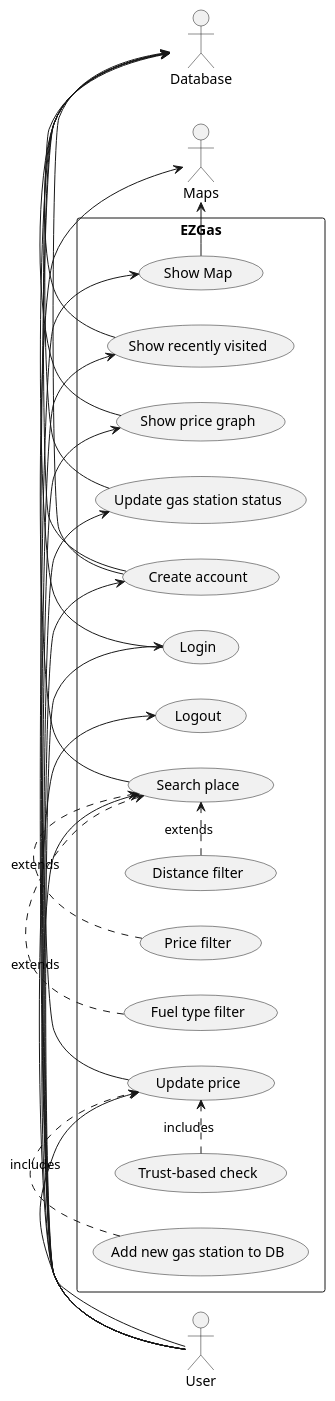
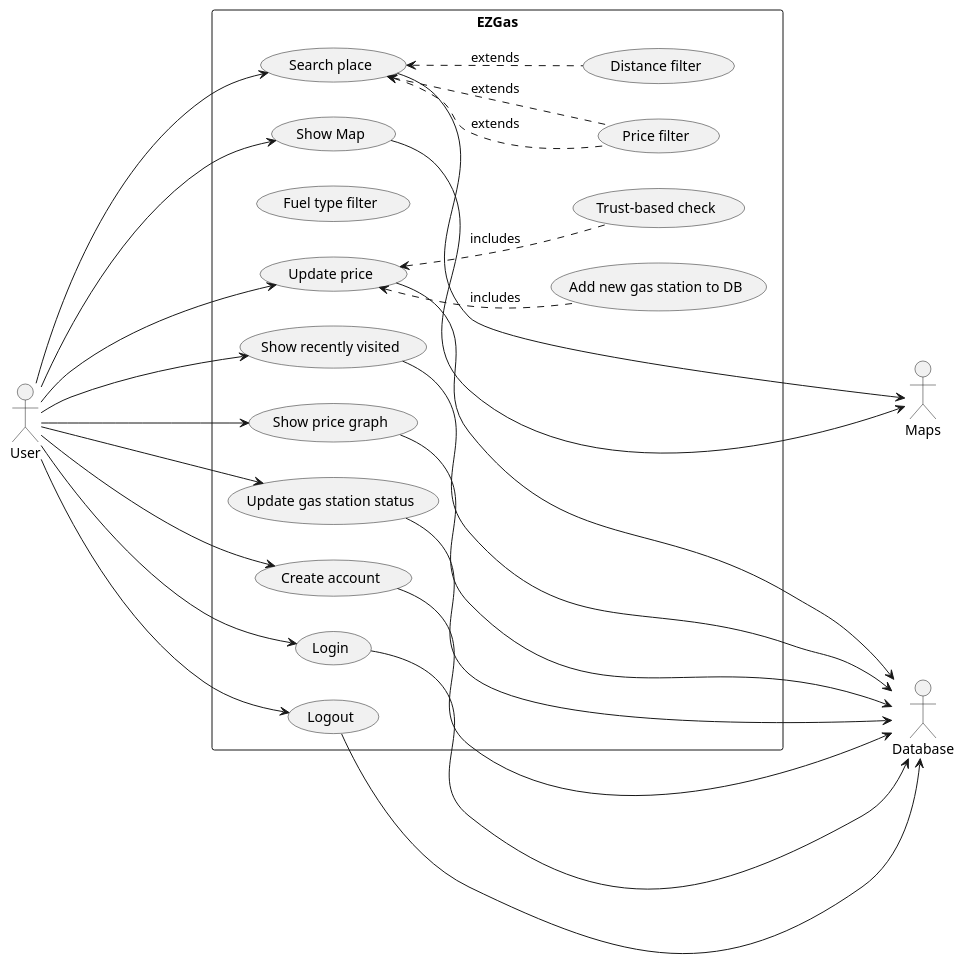
One commit to e-caste/SoftEng-EZGas changed the second of 2 diagrams in docs/RequirementsDocument.md. Above: the diagram before and after it, drawn with PlantUML.

Commit message:
more readable UML use case diagram

````diff
--- a/docs/RequirementsDocument.md
+++ b/docs/RequirementsDocument.md
@@ -106,45 +106,46 @@
 ```plantuml
 left to right direction
 actor User as U
 actor Database as DB
 actor Maps as M
 rectangle EZGas {
-	usecase "Show Map" as FR1
-	usecase "Search place" as FR2
-	usecase "Distance filter" as FR2.1
-	usecase "Price filter" as FR2.2
-	usecase "Fuel type filter" as FR2.3
-	usecase "Show recently visited" as FR3
-	usecase "Update price" as FR4
-	usecase "Trust-based check" as FR4.1
-	usecase "Add new gas station to DB" as FR4.2
-	usecase "Show price graph" as FR5
-	usecase "Update gas station status" as FR6
-	usecase "Create account" as FR7
-	usecase "Login" as FR7.1
-	usecase "Logout" as FR7.2
+    usecase "Show Map" as FR1
+    usecase "Search place" as FR2
+    usecase "Distance filter" as FR2.1
+    usecase "Price filter" as FR2.2
+    usecase "Fuel type filter" as FR2.3
+    usecase "Show recently visited" as FR3
+    usecase "Update price" as FR4
+    usecase "Trust-based check" as FR4.1
+    usecase "Add new gas station to DB" as FR4.2
+    usecase "Show price graph" as FR5
+    usecase "Update gas station status" as FR6
+    usecase "Create account" as FR7
+    usecase "Login" as FR7.1
+    usecase "Logout" as FR7.2
 }
-U -> FR1
-U -> FR2
-U -> FR3
-U -> FR4
-U -> FR5
-U -> FR6
-U -> FR7
-U -> FR7.1
-U -> FR7.2
-FR1 -> M
-FR2 -> M
-FR2.1 .> FR2 : extends
-FR2.2 .> FR2 : extends
-FR2.3 .> FR2 : extends
-FR3 -> DB
-FR4 -> DB
-FR4.1 .> FR4 : includes
-FR4.2 .> FR4 : includes
-FR5 -> DB
-FR6 -> DB
-FR7 -> DB
-FR7.1 -> DB
-FR7 -> DB
+
+U ----> FR1
+U --> FR2
+U --> FR3
+U --> FR4
+U --> FR5
+U --> FR6
+U --> FR7
+U --> FR7.1
+U --> FR7.2
+FR1 ---> M
+FR2 ----> M
+FR2 <-. FR2.1 : extends
+FR2 <-. FR2.2 : extends
+FR2 <-. FR2.2 : extends
+FR3 ---> DB
+FR4 ---> DB
+FR4 <-. FR4.1  : includes
+FR4 <-. FR4.2 : includes
+FR5 ----> DB
+FR6 ---> DB
+FR7 ---> DB
+FR7.1 ---> DB
+FR7.2 ---> DB
 ```
````
